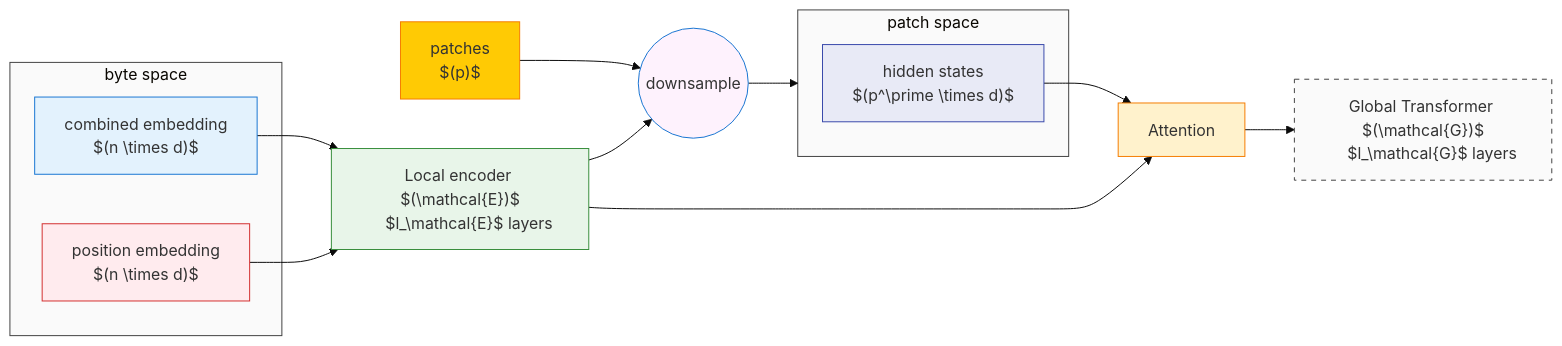
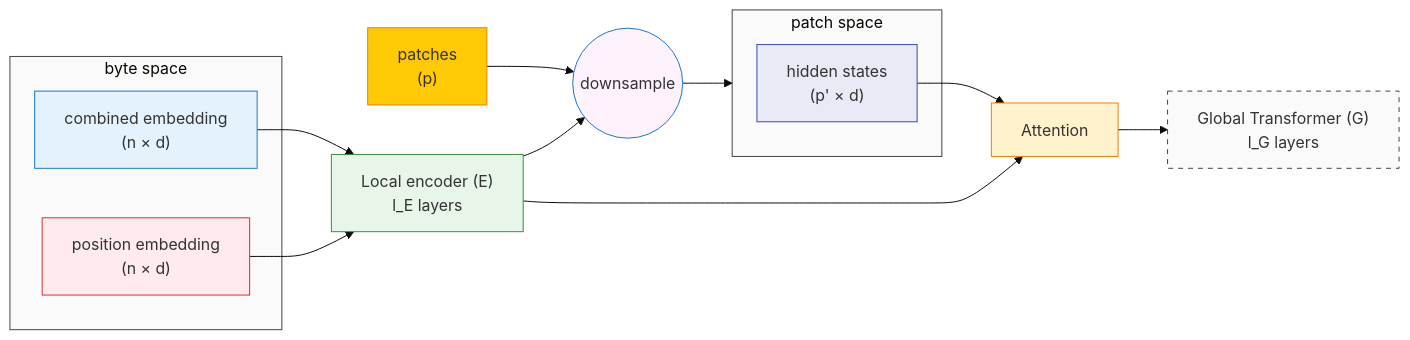
Before and after one commit to sagarsrc/sagarsarkale.com: the third of 4 diagrams in blogger/content/blog/genai/inputs-to-byte-latent-transformer.md, drawn with Mermaid (base theme). The commit also changed other lines of this file and 1 other file, not shown here.

Commit message:
[add] blt pt2 minor changes

```diff
--- a/blogger/content/blog/genai/inputs-to-byte-latent-transformer.md
+++ b/blogger/content/blog/genai/inputs-to-byte-latent-transformer.md
@@ -359,50 +359,46 @@
 {{<mermaid>}}
 graph LR
     subgraph byte_space[byte space]
         CE["combined embedding
-        $(n \times d)$"]
+        (n × d)"]
         R["position embedding
-        $(n \times d)$"]
-
+        (n × d)"]
 
         style CE fill:#E3F2FD,stroke:#1976D2
         style R fill:#FFEBEE,stroke:#D32F2F
     end
     P["patches
-    $(p)$"]
+    (p)"]
 
     C((downsample))
 
-
-    LE["Local encoder $(\mathcal{E})$
-    $l_\mathcal{E}$ layers
-    "]
+    LE["Local encoder (E)
+    l_E layers"]
 
     subgraph patch_space[patch space]
         HS["hidden states
-        $(p^\prime \times d)$"]
+        (p' × d)"]
     end
     AT["Attention"]
-    GT["Global Transformer $(\mathcal{G})$
-    $l_\mathcal{G}$ layers
-    "]
+    GT["Global Transformer (G)
+    l_G layers"]
 
     CE --> LE
     R --> LE
     P --> C
     LE --> C
     C --> patch_space
     LE --> AT
     HS --> AT
     AT --> GT
 
     style LE fill:#E8F5E9,stroke:#388E3C
     style P fill:#ffca04,stroke:#F57C00
     style C fill:#feF2FD,stroke:#1976D2
     style byte_space fill:#FAFAFA,stroke:#424242
     style patch_space fill:#FAFAFA,stroke:#424242
     style HS fill:#E8EAF6,stroke:#3949AB
     style AT fill:#FFF2CC,stroke:#F57C00
     style GT fill:#FAFAFA,stroke:#424242,stroke-dasharray: 5 5
 
 {{</mermaid>}}
```
